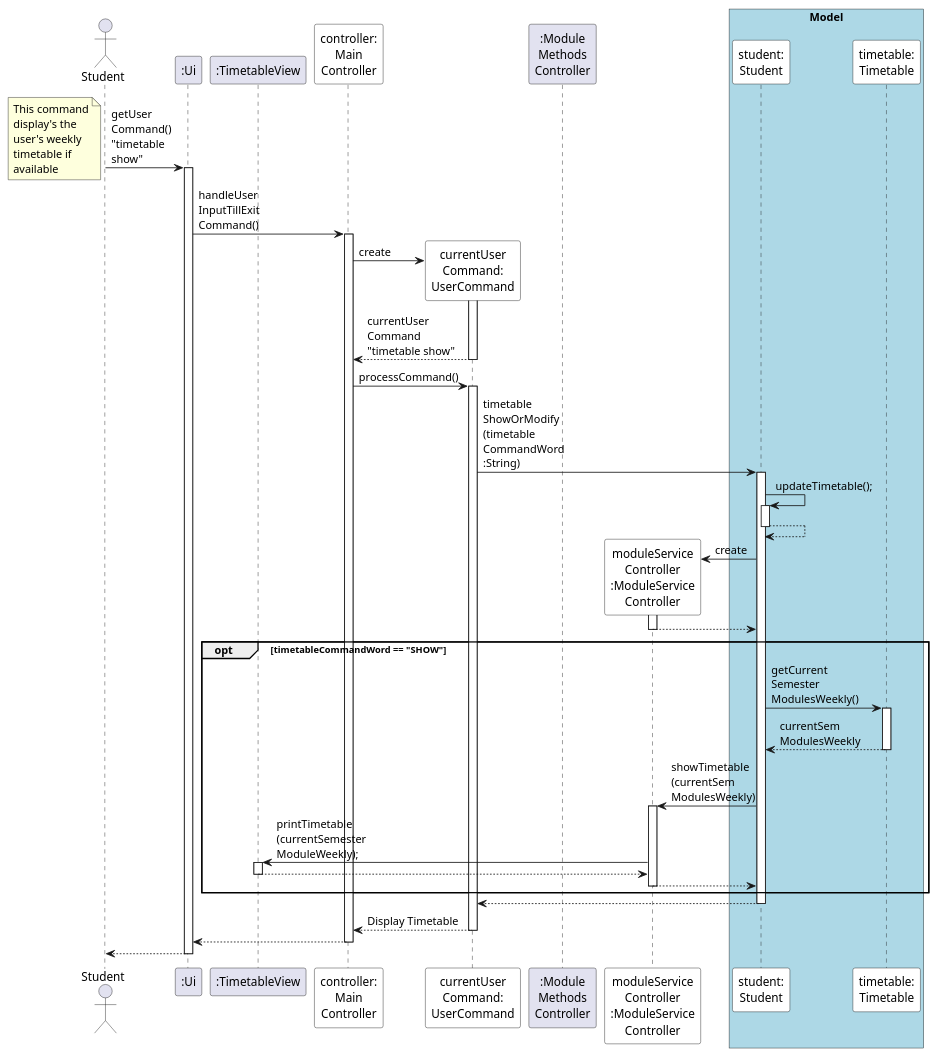
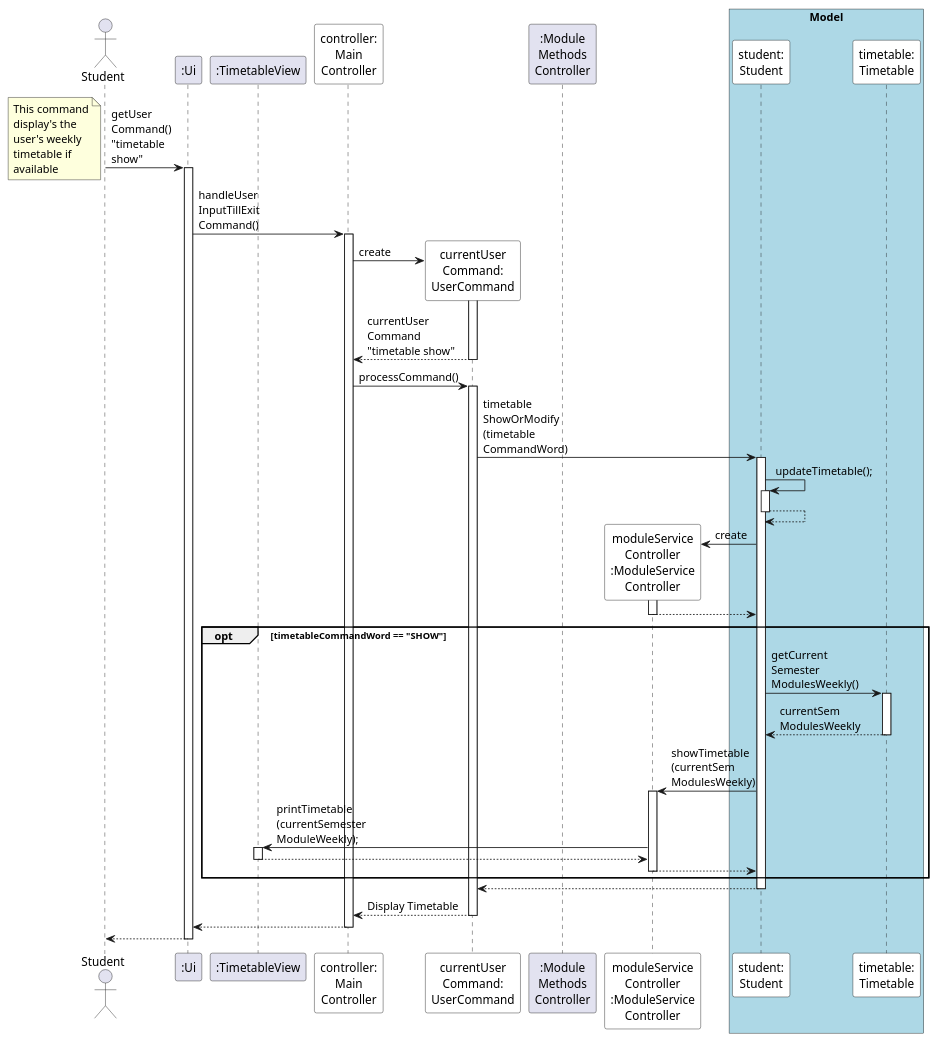
Before and after one commit to ryanlohyr/NUSDegs: the diagram in docs/diagrams/TimetableShowFeature.puml, drawn with PlantUML. The commit also changed 7 other files, not shown here.

```diff
--- a/docs/diagrams/TimetableShowFeature.puml
+++ b/docs/diagrams/TimetableShowFeature.puml
@@ -1,76 +1,76 @@
 @startuml
 'https://plantuml.com/sequence-diagram
 
 'autonumber
 autoactivate on
 
 actor Student
 
 participant ":Ui" as UI
 
 Student -> UI: getUser\nCommand() \n"timetable \nshow"
 participant ":TimetableView" as TV
 
 note bottom
 This command
 display's the
 user's weekly
 timetable if
 available
 end note
 
 participant "controller:\nMain\nController" as MC #white
 
 UI -> MC: handleUser\nInputTillExit\nCommand()
 
 participant "currentUser\nCommand:\nUserCommand" as UC #white
 
 
 
 MC -> UC **: create
 activate UC
 UC --> MC: currentUser\nCommand \n"timetable show"
 
 MC -> UC: processCommand()
 
 participant ":Module\nMethods\nController" as MMC
 participant "moduleService\nController\n:ModuleService\nController" as MSC #white
 
 
 
 box "Model" #LightBlue
 participant "student:\nStudent" as S #white
 participant "timetable:\nTimetable" as T #white
 end box
 'commandWord
 'timetableShowOrModify(commandWord);
-UC -> S: timetable\nShowOrModify\n(timetable\nCommandWord\n:String)
+UC -> S: timetable\nShowOrModify\n(timetable\nCommandWord)
 
 S -> S: updateTimetable();
 S --> S
 
 S -> MSC **: create
 activate MSC
 MSC --> S
 
 
 opt timetableCommandWord == "SHOW"
     'timetable.getCurrentSemesterModulesWeekly()
     S -> T: getCurrent\nSemester\nModulesWeekly()
     T --> S: currentSem\nModulesWeekly
 
     S -> MSC: showTimetable\n(currentSem\nModulesWeekly)
 
 
     MSC -> TV: printTimetable\n(currentSemester\nModuleWeekly);
     TV --> MSC
     MSC --> S
 end
 
 S --> UC
 
 UC --> MC: Display Timetable
 MC --> UI
 UI --> Student
 
 @enduml
```
